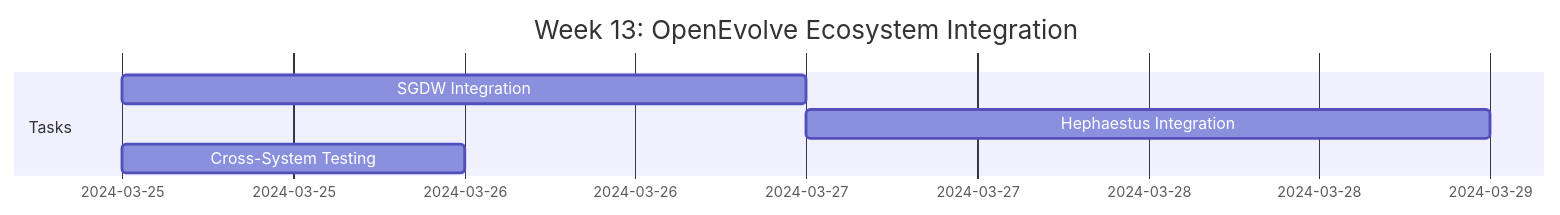
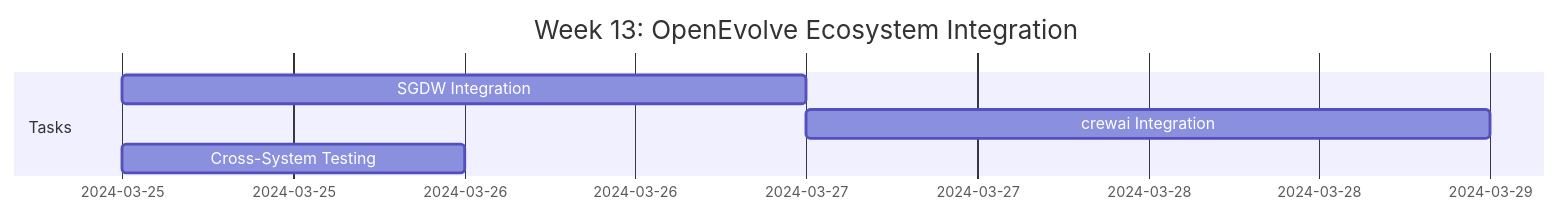
Before and after one commit to jazir555/OpenEvolveFrontend: diagram 14 of 21 in docs/knowledge_engine/KNOWLEDGE_ENGINE_IMPLEMENTATION_ROADMAP.md, drawn with Mermaid. The commit also changed other lines of this file and 153 other files, not shown here.

````diff
--- a/docs/knowledge_engine/KNOWLEDGE_ENGINE_IMPLEMENTATION_ROADMAP.md
+++ b/docs/knowledge_engine/KNOWLEDGE_ENGINE_IMPLEMENTATION_ROADMAP.md
@@ -402,9 +402,9 @@
 ```mermaid
 gantt
     title Week 13: OpenEvolve Ecosystem Integration
     dateFormat  YYYY-MM-DD
     section Tasks
     SGDW Integration        :a1, 2024-03-25, 2d
-    Hephaestus Integration  :a2, after a1, 2d
+    crewai Integration  :a2, after a1, 2d
     Cross-System Testing   :a3, 2024-03-25, 1d
 ```
````
